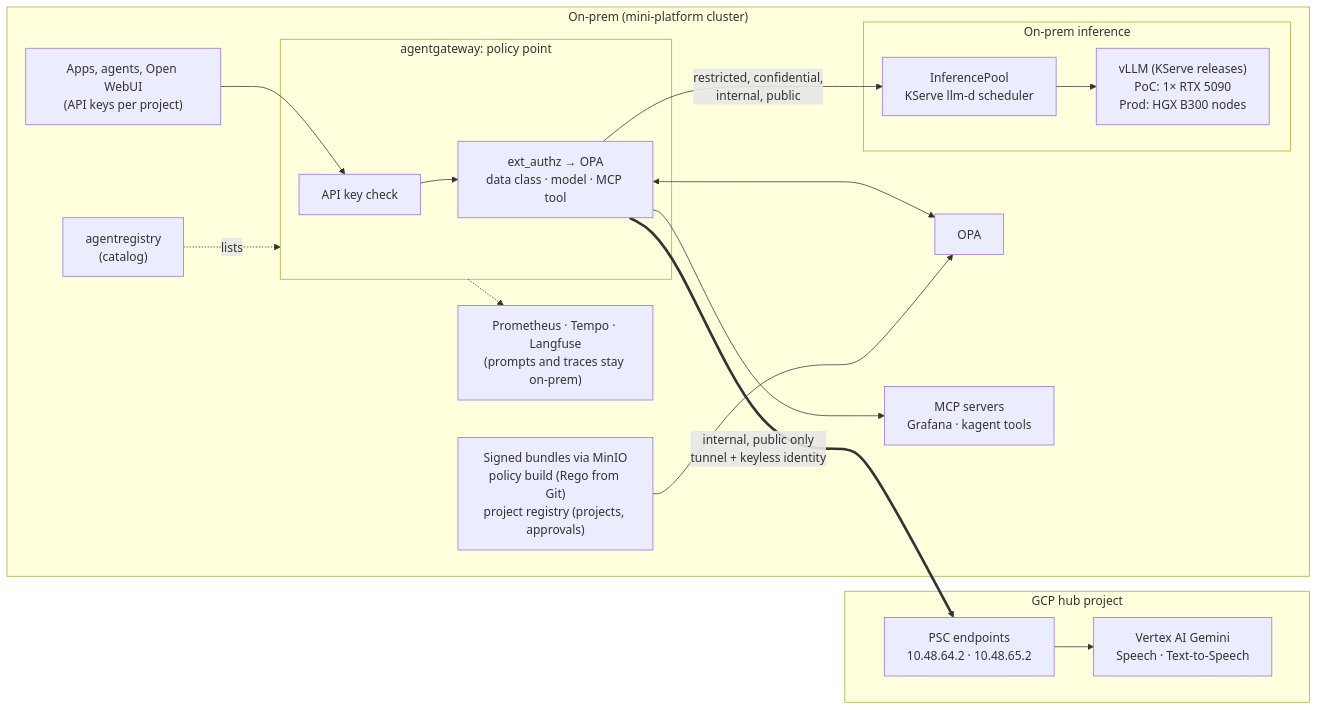
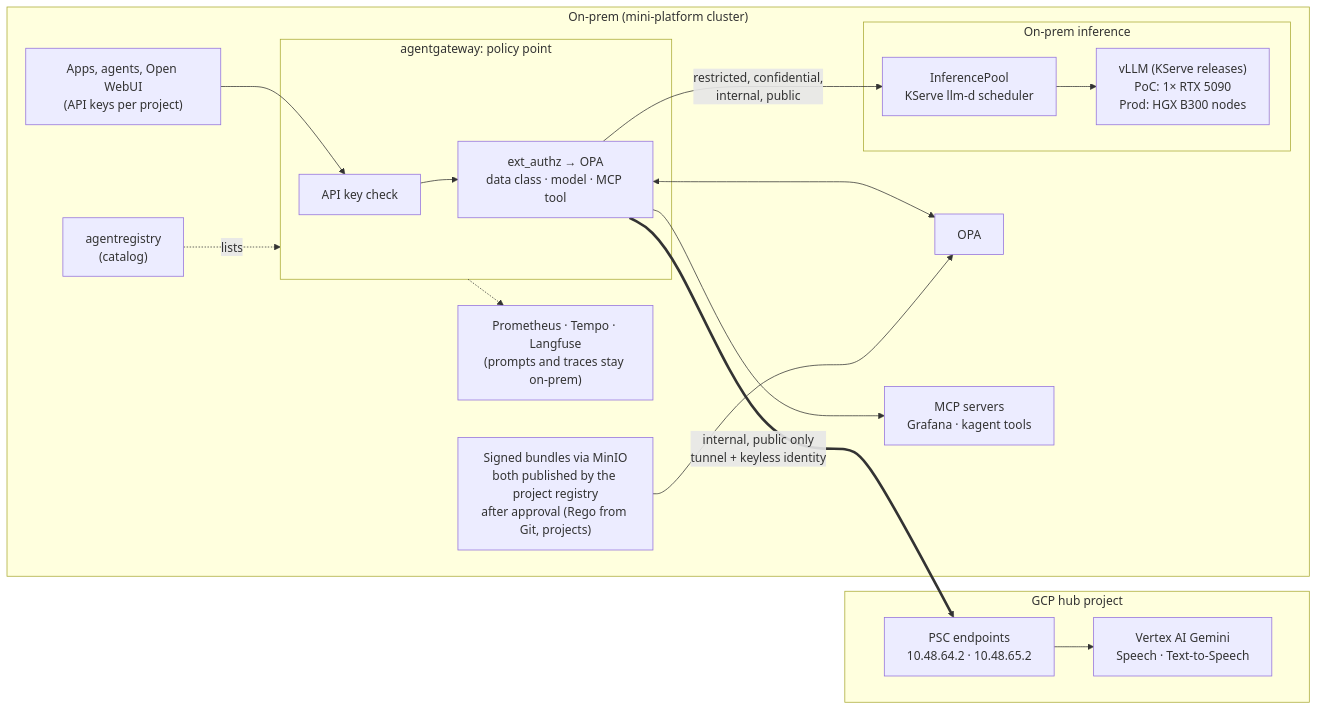
One commit to nolimitkun/mini-cloud changed the diagram in docs/gcp/ai-inference.md. Above: the diagram before and after it, drawn with Mermaid. The commit also changed other lines of this file, not shown here.

Commit message:
docs(gcp): ai-inference: the registry publishes the policy too, after an approval (#36)

````diff
--- a/docs/gcp/ai-inference.md
+++ b/docs/gcp/ai-inference.md
@@ -48,32 +48,32 @@
 ```mermaid
 flowchart LR
     subgraph onprem["On-prem (mini-platform cluster)"]
         apps["Apps, agents, Open WebUI<br/>(API keys per project)"]
         subgraph gwbox["agentgateway: policy point"]
             keys["API key check"]
             authz["ext_authz → OPA<br/>data class · model · MCP tool"]
         end
         opa["OPA"]
-        ocp["Signed bundles via MinIO<br/>policy build (Rego from Git)<br/>project registry (projects, approvals)"]
+        ocp["Signed bundles via MinIO<br/>both published by the project registry<br/>after approval (Rego from Git, projects)"]
         reg["agentregistry<br/>(catalog)"]
         mcp["MCP servers<br/>Grafana · kagent tools"]
         subgraph tier1["On-prem inference"]
             sched["InferencePool<br/>KServe llm-d scheduler"]
             vllm["vLLM (KServe releases)<br/>PoC: 1× RTX 5090<br/>Prod: HGX B300 nodes"]
         end
         obs["Prometheus · Tempo · Langfuse<br/>(prompts and traces stay on-prem)"]
     end
     subgraph gcp["GCP hub project"]
         psc["PSC endpoints<br/>10.48.64.2 · 10.48.65.2"]
         vertex["Vertex AI Gemini<br/>Speech · Text-to-Speech"]
     end
 
     apps --> keys --> authz
     authz <--> opa
     ocp --> opa
     reg -.->|"lists"| gwbox
     authz -->|"restricted, confidential,<br/>internal, public"| sched --> vllm
     authz ==>|"internal, public only<br/>tunnel + keyless identity"| psc --> vertex
     authz --> mcp
     gwbox -.-> obs
 ```
````
